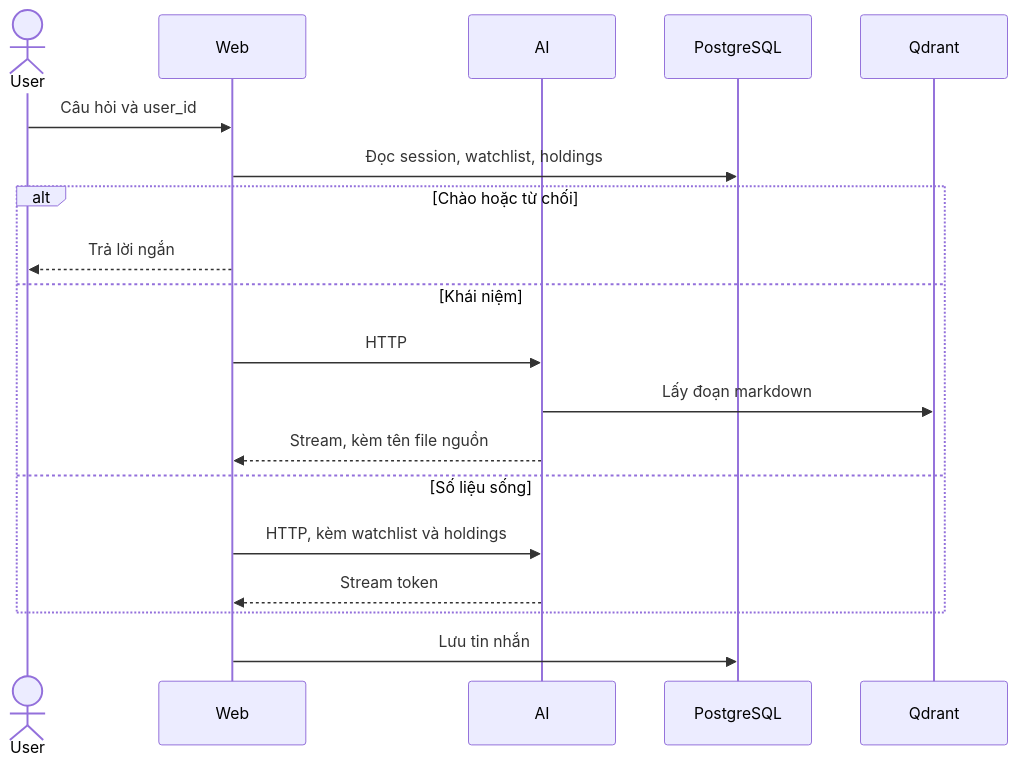
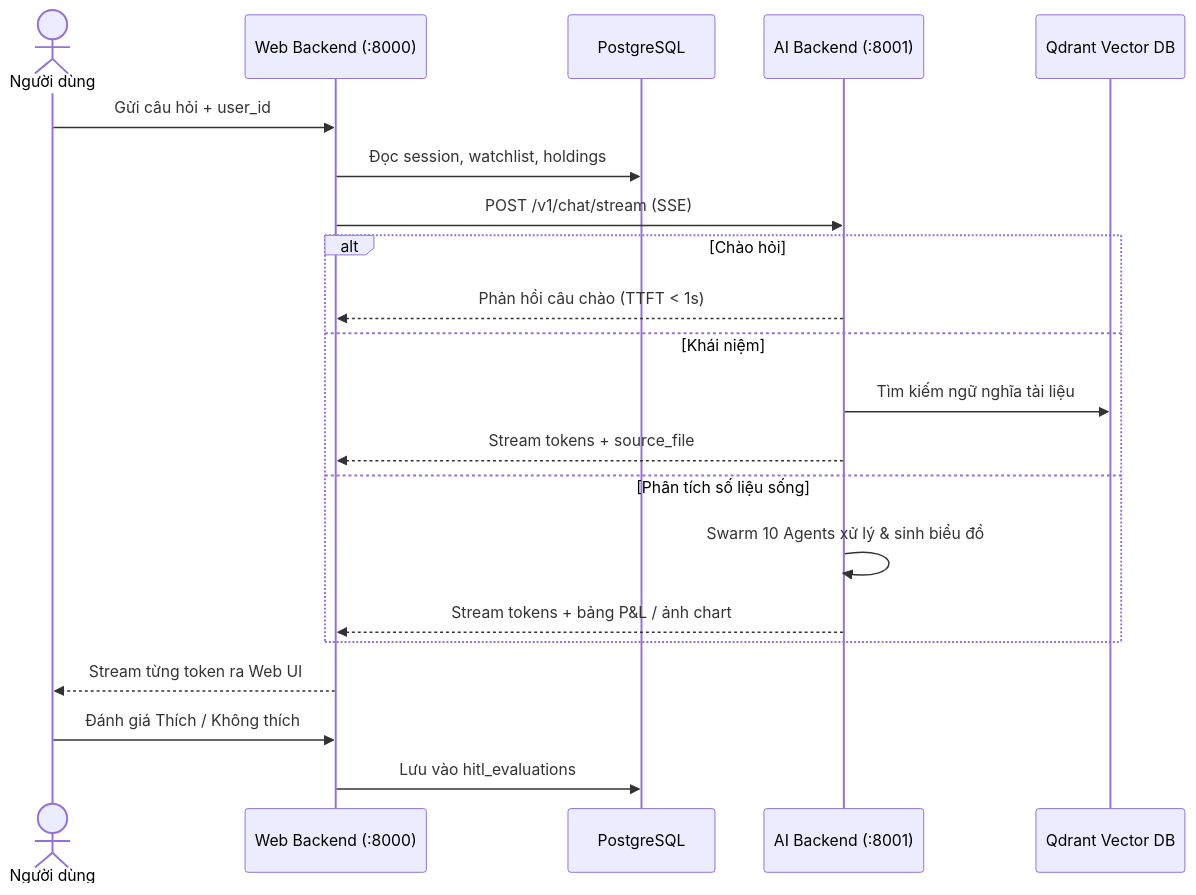
One commit to Anodis108/Agent_Stock changed the diagram in specs/product-spec.md. Above: the diagram before and after it, drawn with Mermaid. The commit also changed other lines of this file and 436 other files, not shown here.

Commit message:
refactor(arch): migrate src/backend into 3-tier clean architecture, finalize swarm orchestrator and eval datasets

````diff
--- a/specs/product-spec.md
+++ b/specs/product-spec.md
@@ -31,21 +51,24 @@
 ```mermaid
 sequenceDiagram
-    actor User
-    participant Web
-    participant AI
+    actor User as Người dùng
+    participant Web as Web Backend (:8000)
     participant DB as PostgreSQL
-    participant Q as Qdrant
-    User->>Web: Câu hỏi và user_id
+    participant AI as AI Backend (:8001)
+    participant Q as Qdrant Vector DB
+
+    User->>Web: Gửi câu hỏi + user_id
     Web->>DB: Đọc session, watchlist, holdings
-    alt Chào hoặc từ chối
-        Web-->>User: Trả lời ngắn
+    Web->>AI: POST /v1/chat/stream (SSE)
+    alt Chào hỏi
+        AI-->>Web: Phản hồi câu chào (TTFT < 1s)
     else Khái niệm
-        Web->>AI: HTTP
-        AI->>Q: Lấy đoạn markdown
-        AI-->>Web: Stream, kèm tên file nguồn
-    else Số liệu sống
-        Web->>AI: HTTP, kèm watchlist và holdings
-        AI-->>Web: Stream token
+        AI->>Q: Tìm kiếm ngữ nghĩa tài liệu
+        AI-->>Web: Stream tokens + source_file
+    else Phân tích số liệu sống
+        AI->>AI: Swarm 10 Agents xử lý & sinh biểu đồ
+        AI-->>Web: Stream tokens + bảng P&L / ảnh chart
     end
-    Web->>DB: Lưu tin nhắn
+    Web-->>User: Stream từng token ra Web UI
+    User->>Web: Đánh giá Thích / Không thích
+    Web->>DB: Lưu vào hitl_evaluations
 ```
````
